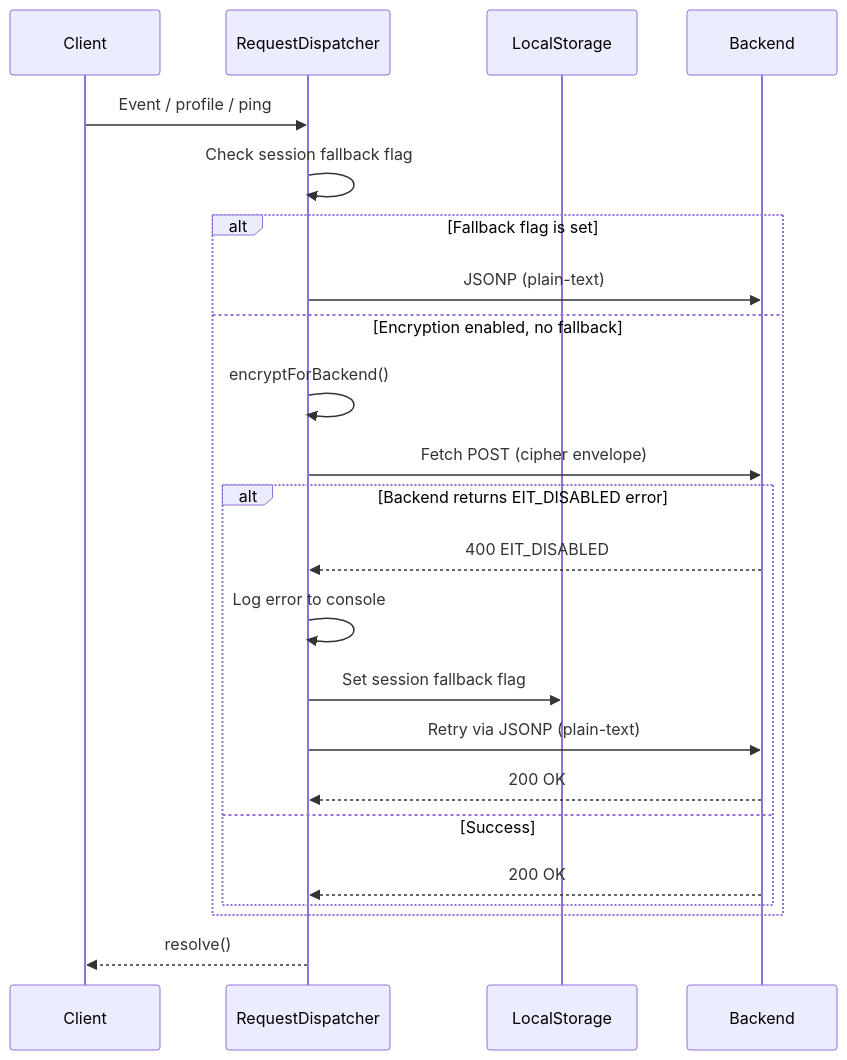
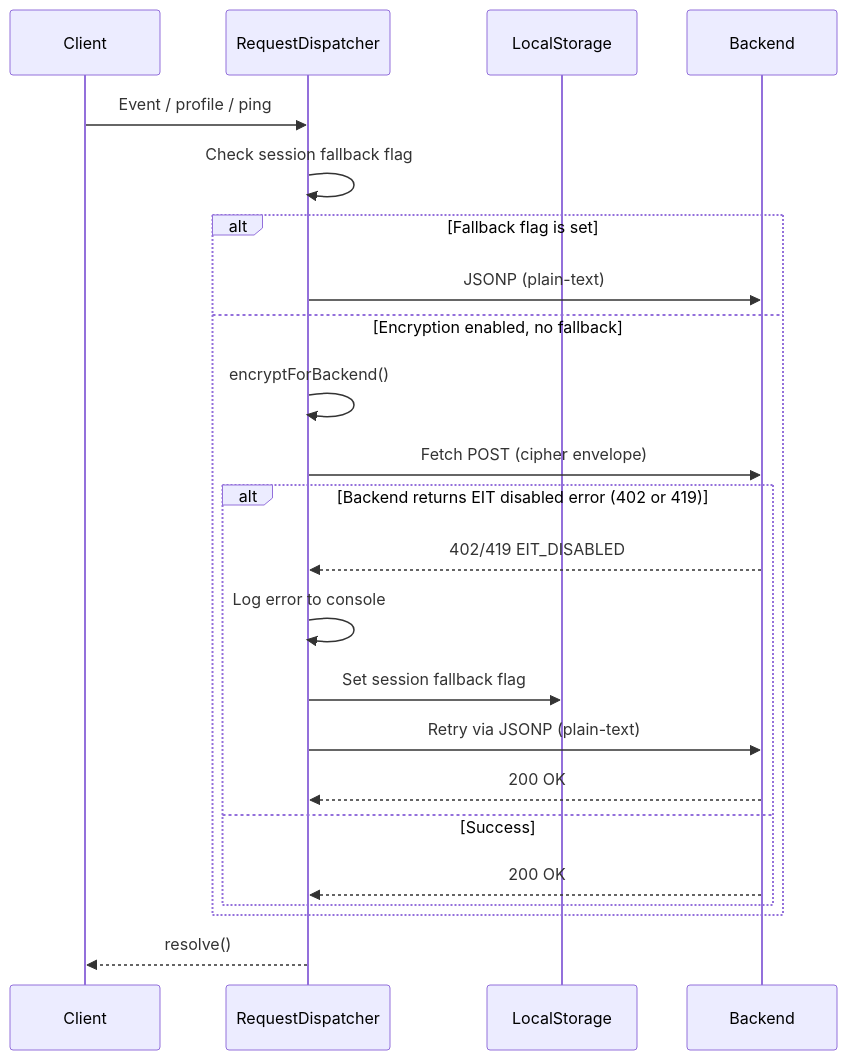
Before and after one commit to CleverTap/clevertap-web-sdk: the second of 2 diagrams in Encryption-in-Transit.md, drawn with Mermaid. The commit also changed other lines of this file and 4 other files, not shown here.

````diff
--- a/Encryption-in-Transit.md
+++ b/Encryption-in-Transit.md
@@ -149,26 +149,26 @@
 ```mermaid
 sequenceDiagram
   participant Client
   participant RequestDispatcher
   participant LocalStorage
   participant Backend
 
   Client->>RequestDispatcher: Event / profile / ping
   RequestDispatcher->>RequestDispatcher: Check session fallback flag
   alt Fallback flag is set
     RequestDispatcher->>Backend: JSONP (plain-text)
   else Encryption enabled, no fallback
     RequestDispatcher->>RequestDispatcher: encryptForBackend()
     RequestDispatcher->>Backend: Fetch POST (cipher envelope)
-    alt Backend returns EIT_DISABLED error
-      Backend-->>RequestDispatcher: 400 EIT_DISABLED
+    alt Backend returns EIT disabled error (402 or 419)
+      Backend-->>RequestDispatcher: 402/419 EIT_DISABLED
       RequestDispatcher->>RequestDispatcher: Log error to console
       RequestDispatcher->>LocalStorage: Set session fallback flag
       RequestDispatcher->>Backend: Retry via JSONP (plain-text)
       Backend-->>RequestDispatcher: 200 OK
     else Success
       Backend-->>RequestDispatcher: 200 OK
     end
   end
   RequestDispatcher-->>Client: resolve()
 ```
````
